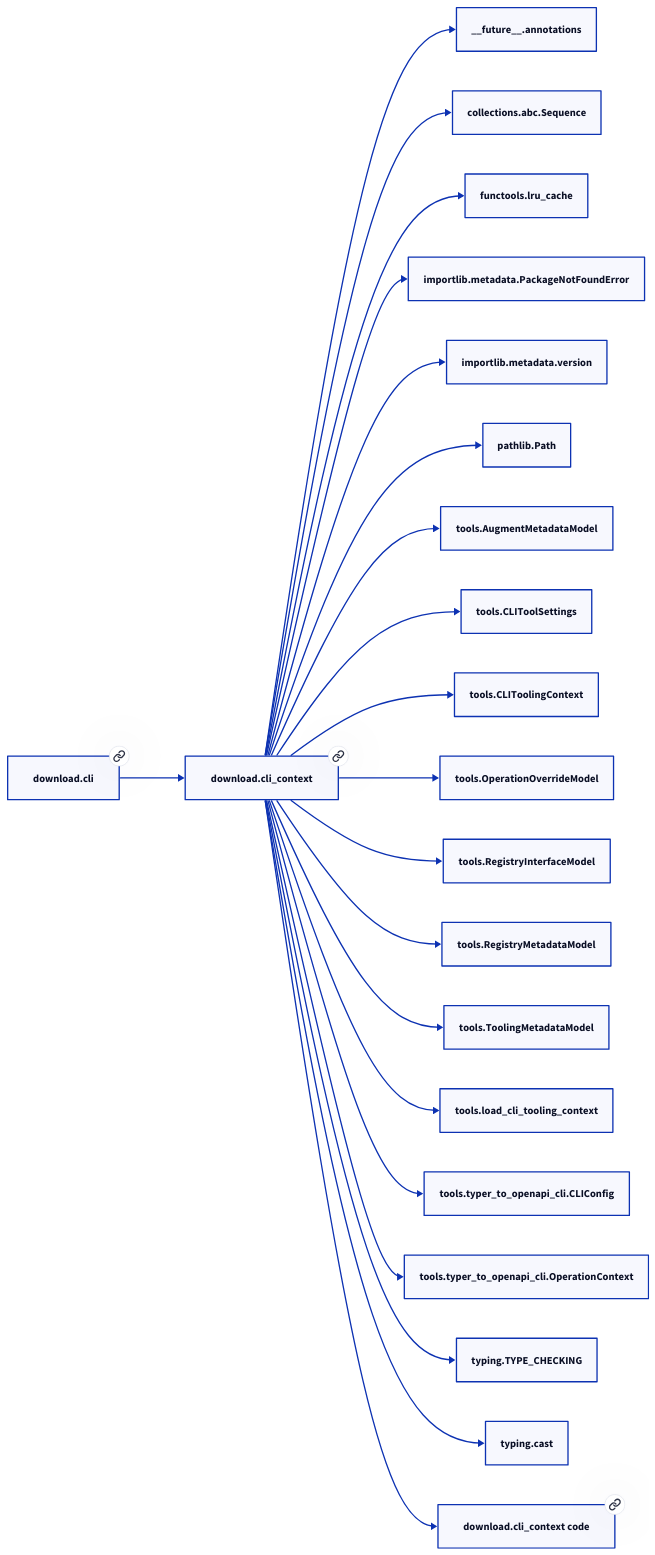
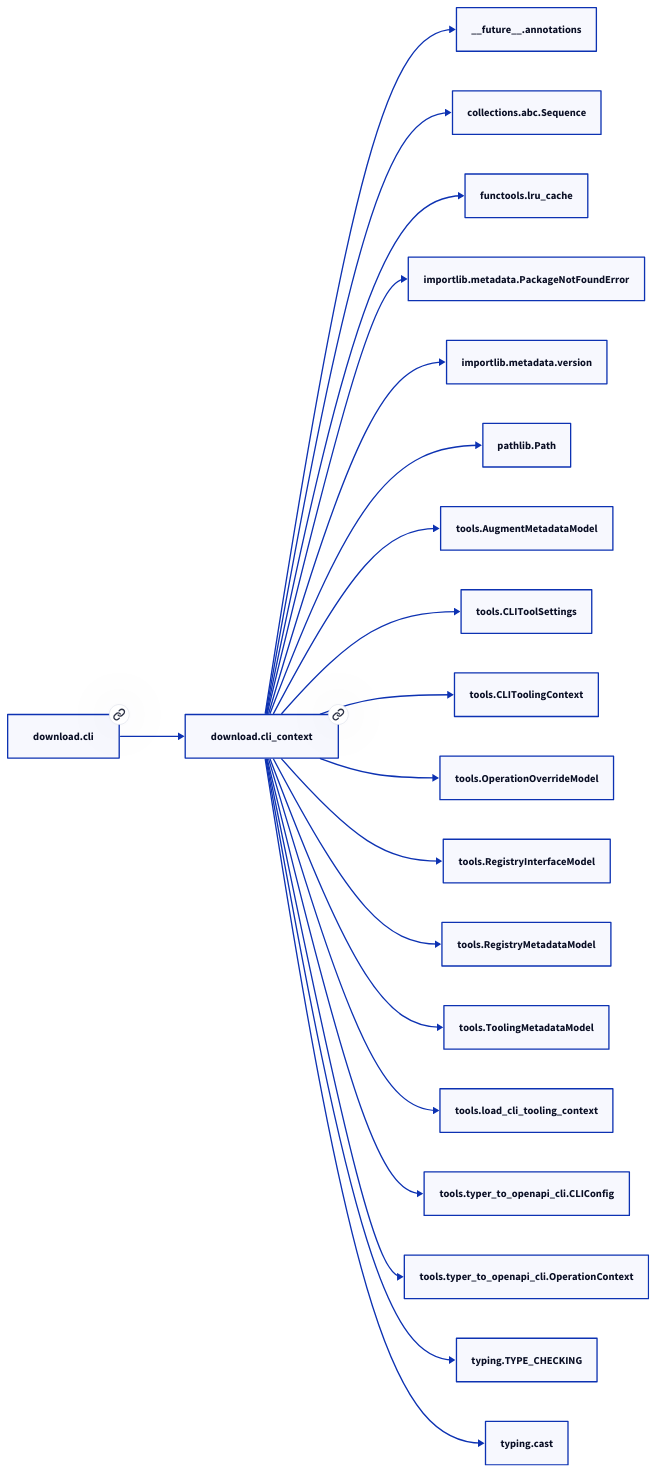
One commit to paul-heyse/kgforge changed the diagram in docs/modules/download/cli_context.md. Above: the diagram before and after it, drawn with D2. The commit also changed other lines of this file and 118 other files, not shown here.

````diff
--- a/docs/modules/download/cli_context.md
+++ b/docs/modules/download/cli_context.md
@@ -69,44 +67,42 @@
 ```d2
 direction: right
-"download.cli_context": "download.cli_context" { link: "./download/cli_context.md" }
+"download.cli_context": "download.cli_context" { link: "cli_context.md" }
 "__future__.annotations": "__future__.annotations"
 "download.cli_context" -> "__future__.annotations"
 "collections.abc.Sequence": "collections.abc.Sequence"
 "download.cli_context" -> "collections.abc.Sequence"
 "functools.lru_cache": "functools.lru_cache"
 "download.cli_context" -> "functools.lru_cache"
 "importlib.metadata.PackageNotFoundError": "importlib.metadata.PackageNotFoundError"
 "download.cli_context" -> "importlib.metadata.PackageNotFoundError"
 "importlib.metadata.version": "importlib.metadata.version"
 "download.cli_context" -> "importlib.metadata.version"
 "pathlib.Path": "pathlib.Path"
 "download.cli_context" -> "pathlib.Path"
 "tools.AugmentMetadataModel": "tools.AugmentMetadataModel"
 "download.cli_context" -> "tools.AugmentMetadataModel"
 "tools.CLIToolSettings": "tools.CLIToolSettings"
 "download.cli_context" -> "tools.CLIToolSettings"
 "tools.CLIToolingContext": "tools.CLIToolingContext"
 "download.cli_context" -> "tools.CLIToolingContext"
 "tools.OperationOverrideModel": "tools.OperationOverrideModel"
 "download.cli_context" -> "tools.OperationOverrideModel"
 "tools.RegistryInterfaceModel": "tools.RegistryInterfaceModel"
 "download.cli_context" -> "tools.RegistryInterfaceModel"
 "tools.RegistryMetadataModel": "tools.RegistryMetadataModel"
 "download.cli_context" -> "tools.RegistryMetadataModel"
 "tools.ToolingMetadataModel": "tools.ToolingMetadataModel"
 "download.cli_context" -> "tools.ToolingMetadataModel"
 "tools.load_cli_tooling_context": "tools.load_cli_tooling_context"
 "download.cli_context" -> "tools.load_cli_tooling_context"
 "tools.typer_to_openapi_cli.CLIConfig": "tools.typer_to_openapi_cli.CLIConfig"
 "download.cli_context" -> "tools.typer_to_openapi_cli.CLIConfig"
 "tools.typer_to_openapi_cli.OperationContext": "tools.typer_to_openapi_cli.OperationContext"
 "download.cli_context" -> "tools.typer_to_openapi_cli.OperationContext"
 "typing.TYPE_CHECKING": "typing.TYPE_CHECKING"
 "download.cli_context" -> "typing.TYPE_CHECKING"
 "typing.cast": "typing.cast"
 "download.cli_context" -> "typing.cast"
-"download.cli": "download.cli" { link: "./download/cli.md" }
+"download.cli": "download.cli" { link: "cli.md" }
 "download.cli" -> "download.cli_context"
-"download.cli_context_code": "download.cli_context code" { link: "https://github.com/kgfoundry/kgfoundry/blob/main/src/download/cli_context.py" }
-"download.cli_context" -> "download.cli_context_code" { style: dashed }
 ```
````
